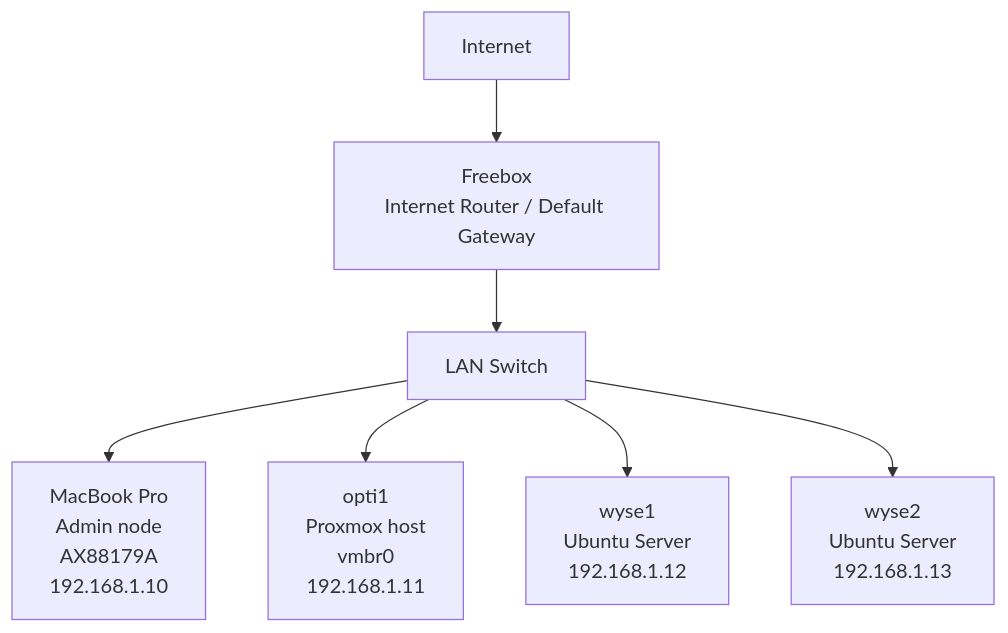
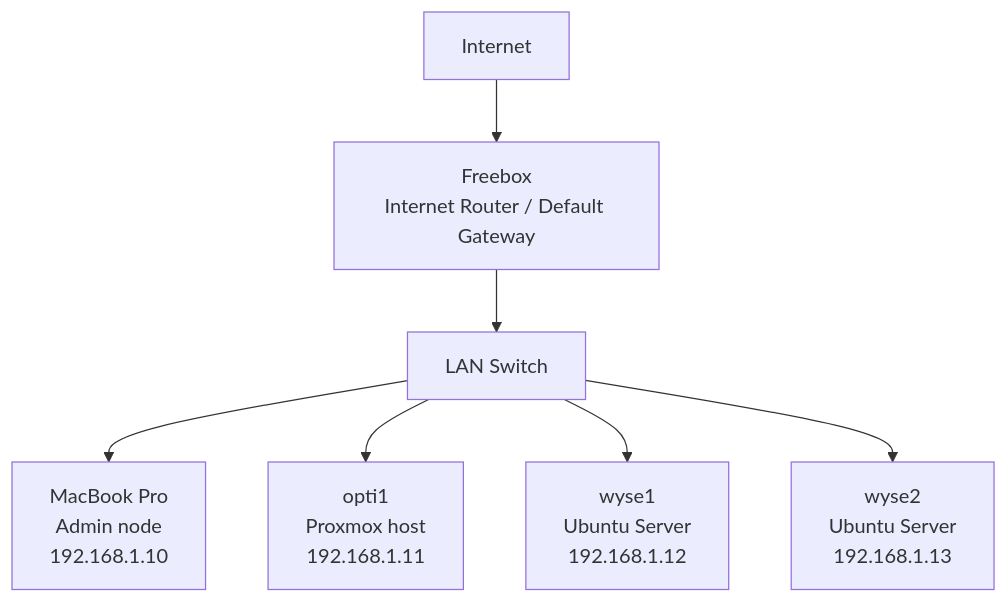
Before and after one commit to younesyousfipro/homelab: the diagram in README.md, drawn with Mermaid. The commit also changed other lines of this file, not shown here.

````diff
--- a/README.md
+++ b/README.md
@@ -22,19 +30,19 @@
 ```mermaid
 flowchart TD
     I[Internet]
     F[Freebox<br/>Internet Router / Default Gateway]
     S[LAN Switch]
 
-    M[MacBook Pro<br/>Admin node<br/>AX88179A<br/>192.168.1.10]
-    O[opti1<br/>Proxmox host<br/>vmbr0<br/>192.168.1.11]
+    M[MacBook Pro<br/>Admin node<br/>192.168.1.10]
+    O[opti1<br/>Proxmox host<br/>192.168.1.11]
     W1[wyse1<br/>Ubuntu Server<br/>192.168.1.12]
     W2[wyse2<br/>Ubuntu Server<br/>192.168.1.13]
 
     I --> F
     F --> S
 
     S --> M
     S --> O
     S --> W1
     S --> W2
 ```
````
